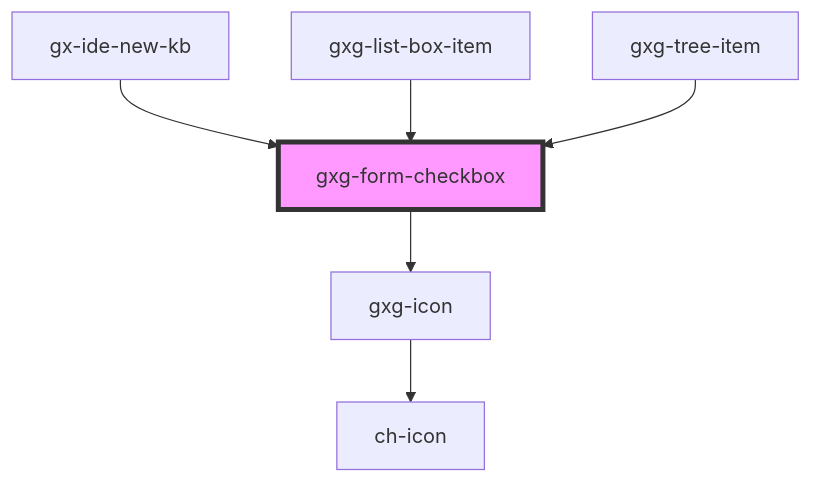
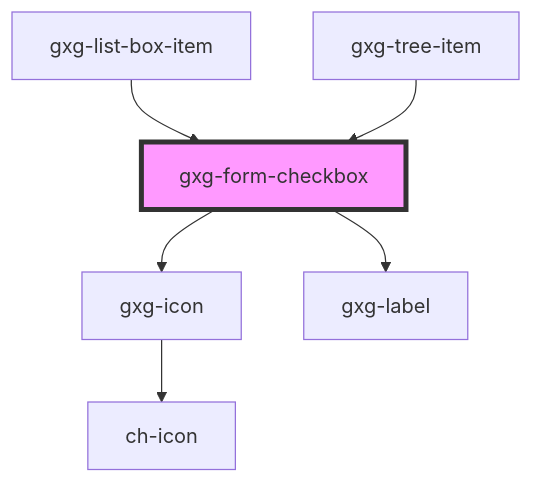
The diagram in src/components/form-checkbox/readme.md (genexuslabs/gemini), drawn with Mermaid before and after one commit. The commit also changed other lines of this file and 59 other files, not shown here.

Commit message:
update "label" with "gxg-label"

````diff
--- a/src/components/form-checkbox/readme.md
+++ b/src/components/form-checkbox/readme.md
@@ -48,9 +48,9 @@
 ```mermaid
 graph TD;
   gxg-form-checkbox --> gxg-icon
+  gxg-form-checkbox --> gxg-label
   gxg-icon --> ch-icon
-  gx-ide-new-kb --> gxg-form-checkbox
   gxg-list-box-item --> gxg-form-checkbox
   gxg-tree-item --> gxg-form-checkbox
   style gxg-form-checkbox fill:#f9f,stroke:#333,stroke-width:4px
 ```
````
